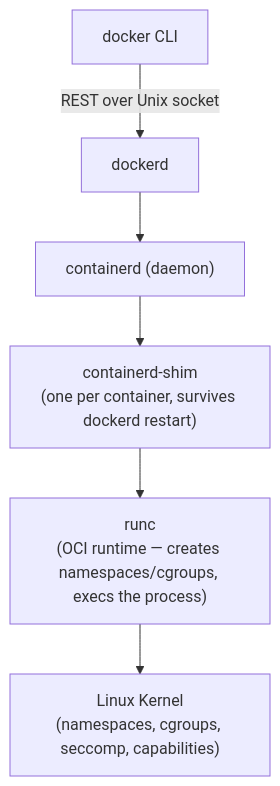
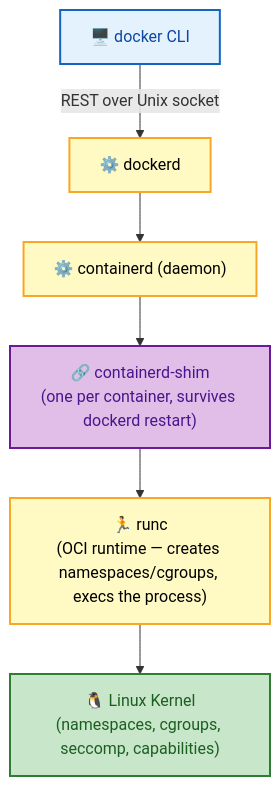
One commit to rakesh-budde/devops-guide changed the fourth of 5 diagrams in azure/07-CONTAINERS-TERRAFORM.md. Above: the diagram before and after it, drawn with Mermaid. The commit also changed other lines of this file and 73 other files, not shown here.

````diff
--- a/azure/07-CONTAINERS-TERRAFORM.md
+++ b/azure/07-CONTAINERS-TERRAFORM.md
@@ -9,8 +115,17 @@
 ```mermaid
 graph TB
-    CLI["docker CLI"] -->|REST over Unix socket| Daemon["dockerd"]
-    Daemon --> Containerd["containerd (daemon)"]
-    Containerd --> Shim["containerd-shim<br/>(one per container, survives dockerd restart)"]
-    Shim --> Runc["runc<br/>(OCI runtime — creates namespaces/cgroups, execs the process)"]
-    Runc --> Kernel["Linux Kernel<br/>(namespaces, cgroups, seccomp, capabilities)"]
+    CLI["🖥️ docker CLI"] -->|REST over Unix socket| Daemon["⚙️ dockerd"]
+    Daemon --> Containerd["⚙️ containerd (daemon)"]
+    Containerd --> Shim["🔗 containerd-shim<br/>(one per container, survives dockerd restart)"]
+    Shim --> Runc["🏃 runc<br/>(OCI runtime — creates namespaces/cgroups, execs the process)"]
+    Runc --> Kernel["🐧 Linux Kernel<br/>(namespaces, cgroups, seccomp, capabilities)"]
+    classDef start fill:#e3f2fd,stroke:#1565c0,color:#0d47a1,stroke-width:2px;
+    classDef proc fill:#fff9c4,stroke:#f9a825,color:#000,stroke-width:2px;
+    classDef ctrl fill:#e1bee7,stroke:#6a1b9a,color:#4a148c,stroke-width:2px;
+    classDef good fill:#c8e6c9,stroke:#2e7d32,color:#1b5e20,stroke-width:2px;
+    class CLI start;
+    class Daemon,Containerd proc;
+    class Shim ctrl;
+    class Runc proc;
+    class Kernel good;
 ```
````
